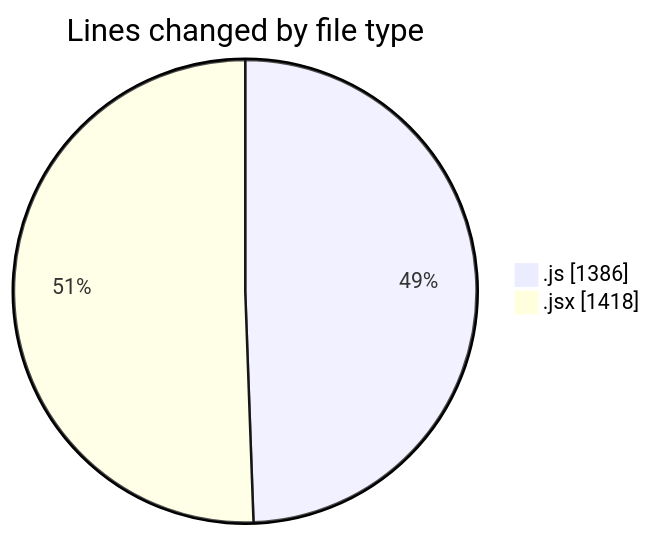
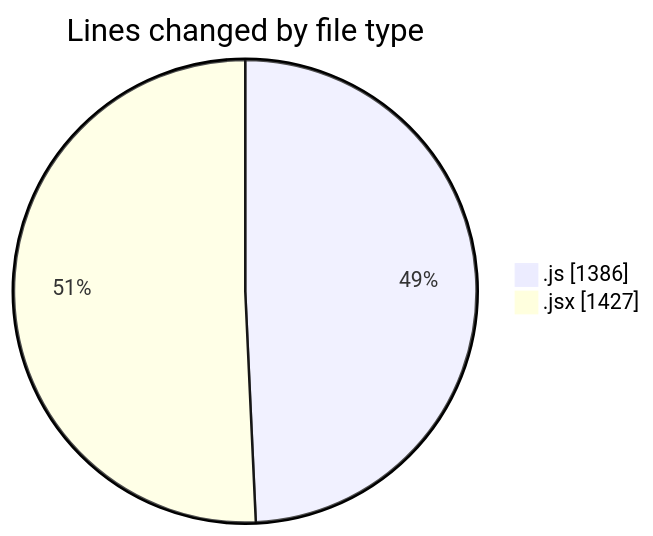
The first of 2 diagrams in 2025-07-29/nxtqube_webapp/README.md (nxtqubesakshisongat/code-tracking), drawn with Mermaid before and after one commit. The commit also changed other lines of this file and 1 other file, not shown here.

````diff
--- a/2025-07-29/nxtqube_webapp/README.md
+++ b/2025-07-29/nxtqube_webapp/README.md
@@ -27,6 +27,6 @@
 ```mermaid
 pie showData
 title Lines changed by file type
 ".js" : 1386
-".jsx" : 1418
+".jsx" : 1427
 ```
````
